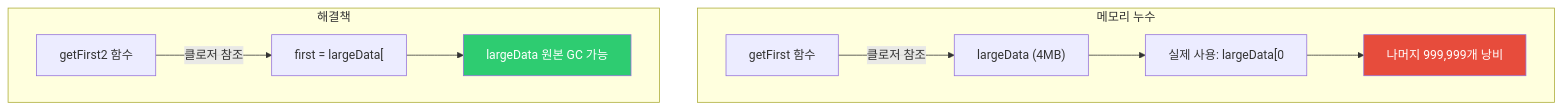
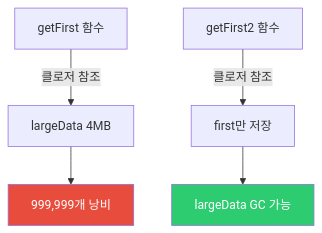
Before and after one commit to yjkim2015/yjkim2015.github.io: the sixth of 8 diagrams in _posts/frontend/2026-05-02-js-closure.md, drawn with Mermaid. The commit also changed other lines of this file and 155 other files, not shown here.

First line of the commit message:
Mermaid 전면 수정: subgraph 제거, participant/노드/줄수 축소 (342블록)

````diff
--- a/_posts/frontend/2026-05-02-js-closure.md
+++ b/_posts/frontend/2026-05-02-js-closure.md
@@ -369,14 +367,9 @@
 ```mermaid
 graph TD
-    subgraph "메모리 누수"
-        GF["getFirst 함수"] -->|"클로저 참조"| LD["largeData (4MB)"]
-        LD --> D["실제 사용: largeData[0"]
-        D --> WASTE["나머지 999,999개 낭비"]
-    end
-    subgraph "해결책"
-        GF2["getFirst2 함수"] -->|"클로저 참조"| FIRST["first = largeData["]
-        FIRST --> LD2["largeData 원본 GC 가능"]
-    end
+    GF["getFirst 함수"] -->|"클로저 참조"| LD["largeData 4MB"]
+    LD --> WASTE["999,999개 낭비"]
+    GF2["getFirst2 함수"] -->|"클로저 참조"| FIRST["first만 저장"]
+    FIRST --> LD2["largeData GC 가능"]
     style WASTE fill:#e74c3c,color:#fff
     style LD2 fill:#2ecc71,color:#fff
 ```
````
